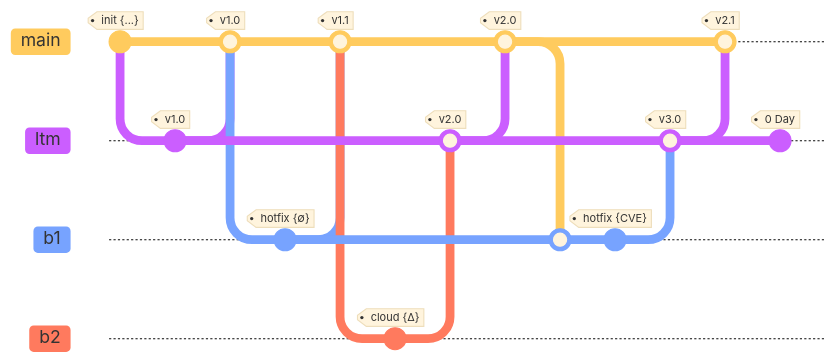
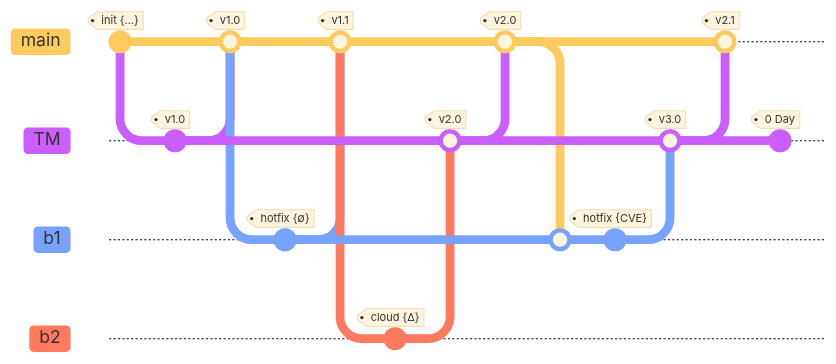
The first of 2 diagrams in README.md (johnlwhiteman/living-threat-models), drawn with Mermaid before and after one commit. The commit also changed other lines of this file, not shown here. Commit ids are hidden.

Commit message:
README this batman

````diff
--- a/README.md
+++ b/README.md
@@ -11,31 +11,31 @@
 ```mermaid
 %%{init: { 'logLevel': 'debug', 'theme': 'base', 'gitGraph': {'showBranches': true, 'showCommitLabel':false}} }%%
     gitGraph
         commit tag: "init {...}"
-        branch ltm
-        checkout ltm
+        branch TM
+        checkout TM
         commit tag: "v1.0"
         checkout main
-        merge ltm tag: "v1.0"
+        merge TM tag: "v1.0"
         branch b1
         checkout b1
         commit tag: "hotfix {∅}"
         checkout main
         merge b1 tag: "v1.1"
         branch b2
         checkout b2
         commit tag: "cloud {Δ}"
-        checkout ltm
+        checkout TM
         merge b2 tag: "v2.0"
         checkout main
-        merge ltm tag: "v2.0"
+        merge TM tag: "v2.0"
         checkout b1
         merge main
         commit tag: "hotfix {CVE}"
-        checkout ltm
+        checkout TM
         merge b1 tag: "v3.0"
         checkout main
-        merge ltm tag: "v2.1"
-        checkout ltm
+        merge TM tag: "v2.1"
+        checkout TM
         commit tag: "0 Day"
 ```
````
